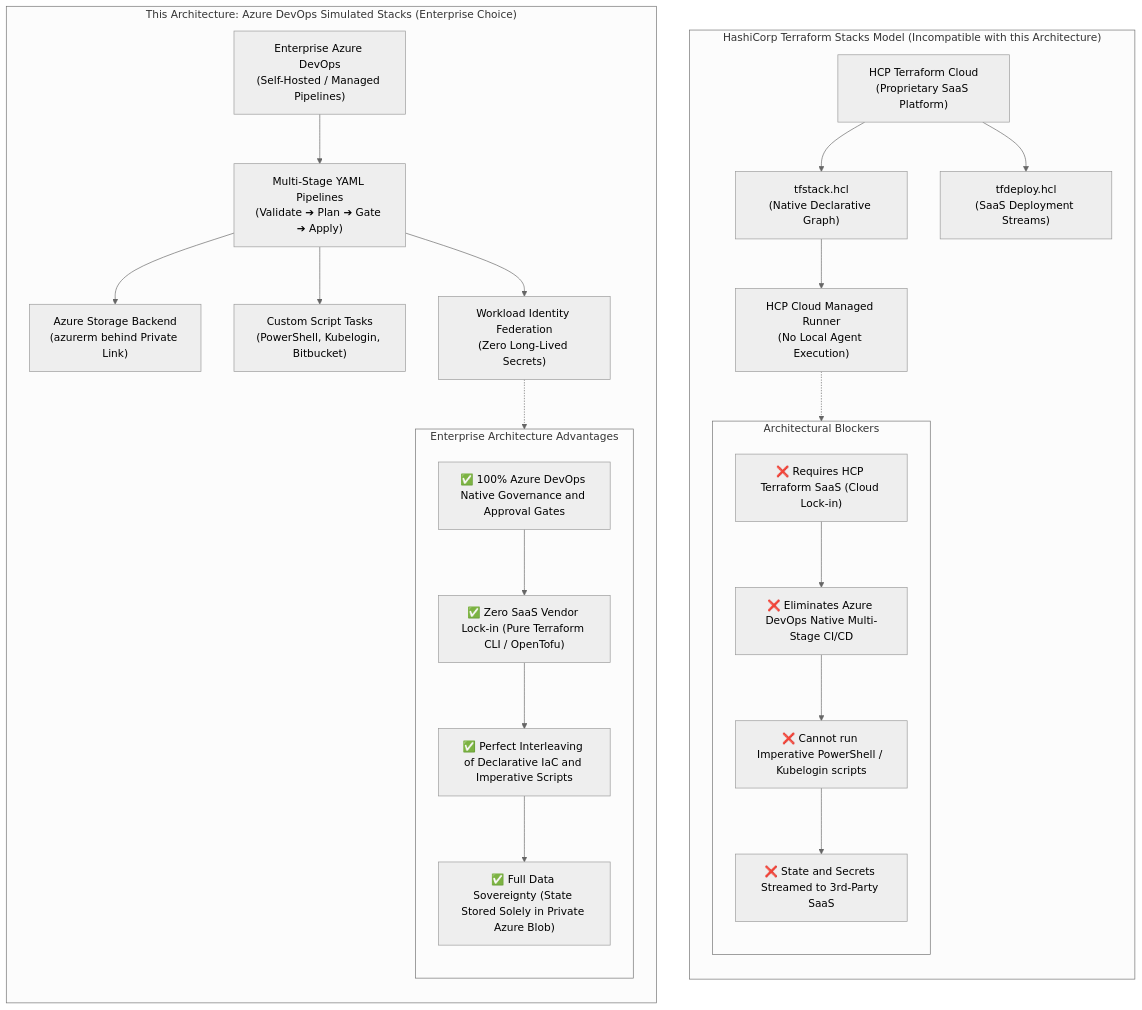
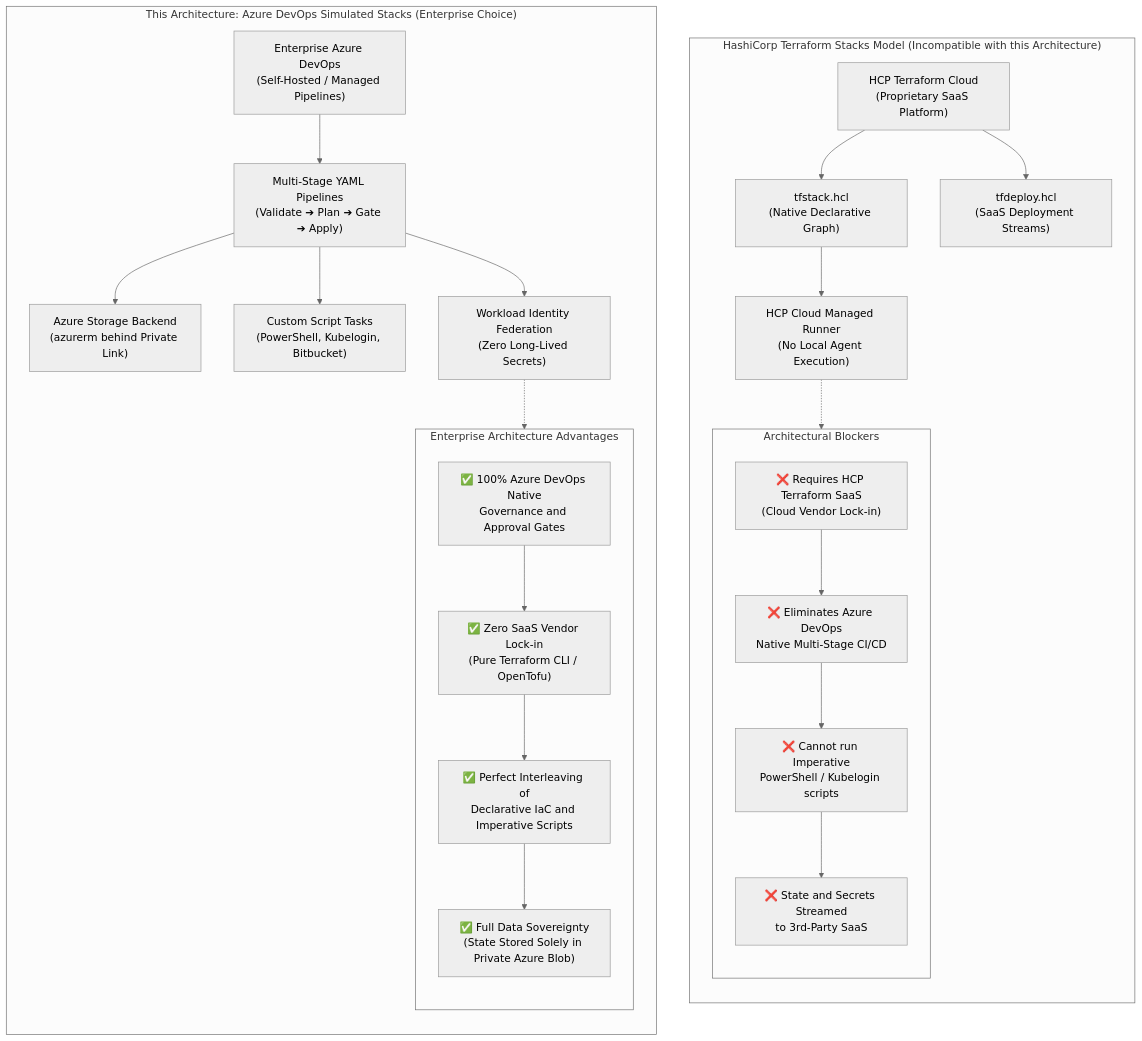
Before and after one commit to nubenetes/terraform-azure-devops-agentic: the first of 6 diagrams in README.md, drawn with Mermaid (neutral theme). The commit also changed other lines of this file, not shown here.

Commit message:
docs: resolve text clipping and word cutoffs across all README mermaid diagrams

````diff
--- a/README.md
+++ b/README.md
@@ -170,43 +170,43 @@
 ```mermaid
 flowchart TB
     subgraph Stacks_Model ["HashiCorp Terraform Stacks Model (Incompatible with this Architecture)"]
         direction TB
         HCP["HCP Terraform Cloud<br/>(Proprietary SaaS Platform)"]
         TFSTACK["tfstack.hcl<br/>(Native Declarative Graph)"]
         TFDEPLOY["tfdeploy.hcl<br/>(SaaS Deployment Streams)"]
         HCP_Runner["HCP Cloud Managed Runner<br/>(No Local Agent Execution)"]
         HCP --> TFSTACK
         HCP --> TFDEPLOY
         TFSTACK --> HCP_Runner
         subgraph Stacks_Blockers ["Architectural Blockers"]
             direction TB
-            Block1["❌ Requires HCP Terraform SaaS (Cloud Lock-in)"]
-            Block2["❌ Eliminates Azure DevOps Native Multi-Stage CI/CD"]
-            Block3["❌ Cannot run Imperative PowerShell / Kubelogin scripts"]
-            Block4["❌ State and Secrets Streamed to 3rd-Party SaaS"]
+            Block1["❌ Requires HCP Terraform SaaS<br/>(Cloud Vendor Lock-in)"]
+            Block2["❌ Eliminates Azure DevOps<br/>Native Multi-Stage CI/CD"]
+            Block3["❌ Cannot run Imperative<br/>PowerShell / Kubelogin scripts"]
+            Block4["❌ State and Secrets Streamed<br/>to 3rd-Party SaaS"]
             Block1 --> Block2 --> Block3 --> Block4
         end
         HCP_Runner -.-> Block1
     end
     subgraph Pipeline_Model ["This Architecture: Azure DevOps Simulated Stacks (Enterprise Choice)"]
         direction TB
         ADO["Enterprise Azure DevOps<br/>(Self-Hosted / Managed Pipelines)"]
         Stages["Multi-Stage YAML Pipelines<br/>(Validate ➔ Plan ➔ Gate ➔ Apply)"]
         State_Storage["Azure Storage Backend<br/>(azurerm behind Private Link)"]
         Script_Hooks["Custom Script Tasks<br/>(PowerShell, Kubelogin, Bitbucket)"]
         Workload_ID["Workload Identity Federation<br/>(Zero Long-Lived Secrets)"]
         ADO --> Stages
         Stages --> State_Storage
         Stages --> Script_Hooks
         Stages --> Workload_ID
         subgraph Pipeline_Advantages ["Enterprise Architecture Advantages"]
             direction TB
-            Adv1["✅ 100% Azure DevOps Native Governance and Approval Gates"]
-            Adv2["✅ Zero SaaS Vendor Lock-in (Pure Terraform CLI / OpenTofu)"]
-            Adv3["✅ Perfect Interleaving of Declarative IaC and Imperative Scripts"]
-            Adv4["✅ Full Data Sovereignty (State Stored Solely in Private Azure Blob)"]
+            Adv1["✅ 100% Azure DevOps Native<br/>Governance and Approval Gates"]
+            Adv2["✅ Zero SaaS Vendor Lock-in<br/>(Pure Terraform CLI / OpenTofu)"]
+            Adv3["✅ Perfect Interleaving of<br/>Declarative IaC and Imperative Scripts"]
+            Adv4["✅ Full Data Sovereignty<br/>(State Stored Solely in Private Azure Blob)"]
             Adv1 --> Adv2 --> Adv3 --> Adv4
         end
         Workload_ID -.-> Adv1
     end
 ```
````
